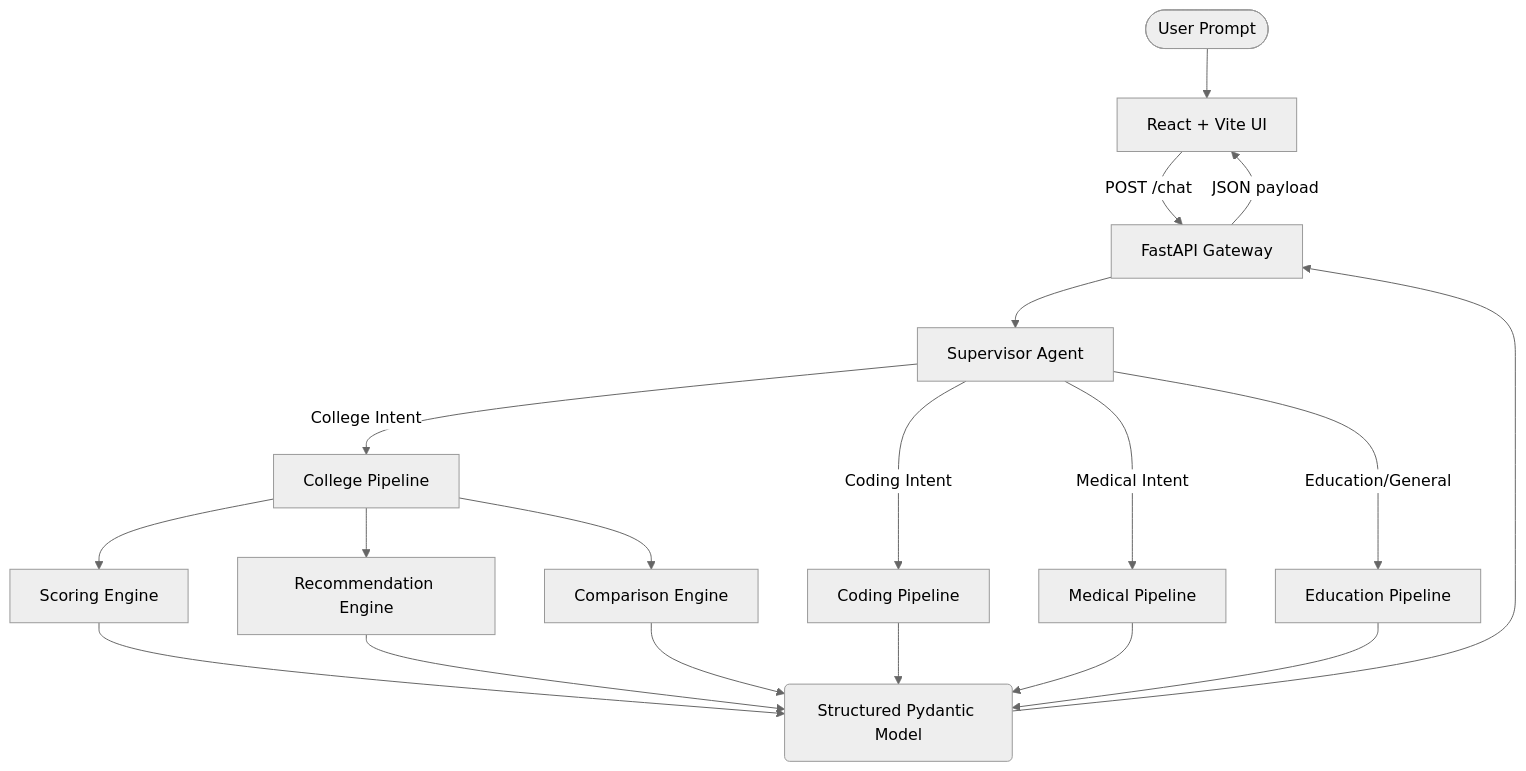
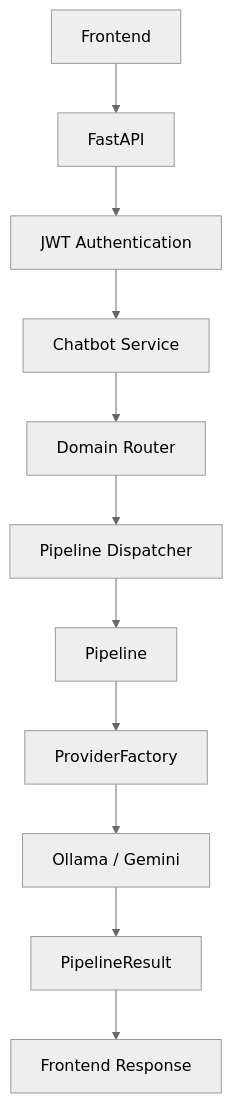
Before and after one commit to Rahul-1969/multi_agent_problem_solving_ai: the diagram in README.md, drawn with Mermaid (neutral theme). The commit also changed other lines of this file and 160 other files, not shown here.

````diff
--- a/README.md
+++ b/README.md
@@ -40,27 +39,13 @@
 ```mermaid
 graph TD
-    User([User Prompt]) --> Frontend[React + Vite UI]
-    Frontend --> |POST /chat| API[FastAPI Gateway]
-    
-    API --> Supervisor[Supervisor Agent]
-    
-    Supervisor --> |College Intent| CollegePipe[College Pipeline]
-    Supervisor --> |Coding Intent| CodingPipe[Coding Pipeline]
-    Supervisor --> |Medical Intent| MedicalPipe[Medical Pipeline]
-    Supervisor --> |Education/General| EduPipe[Education Pipeline]
-    
-    CollegePipe --> Scoring[Scoring Engine]
-    CollegePipe --> RecEngine[Recommendation Engine]
-    CollegePipe --> Comparison[Comparison Engine]
-    
-    Scoring --> Response(Structured Pydantic Model)
-    RecEngine --> Response
-    Comparison --> Response
-    
-    CodingPipe --> Response
-    MedicalPipe --> Response
-    EduPipe --> Response
-    
-    Response --> API
-    API --> |JSON payload| Frontend
+    Frontend[Frontend] --> FastAPI[FastAPI]
+    FastAPI --> JWT[JWT Authentication]
+    JWT --> Chatbot[Chatbot Service]
+    Chatbot --> Router[Domain Router]
+    Router --> Dispatcher[Pipeline Dispatcher]
+    Dispatcher --> Pipeline[Pipeline]
+    Pipeline --> ProviderFactory[ProviderFactory]
+    ProviderFactory --> OllamaGemini[Ollama / Gemini]
+    OllamaGemini --> PipelineResult[PipelineResult]
+    PipelineResult --> FrontendResponse[Frontend Response]
 ```
````
